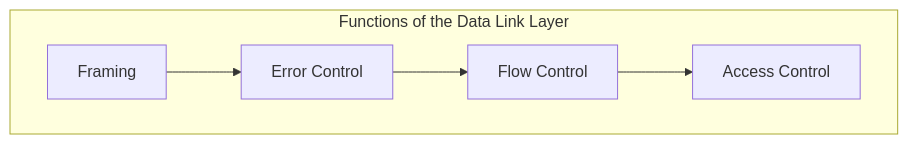
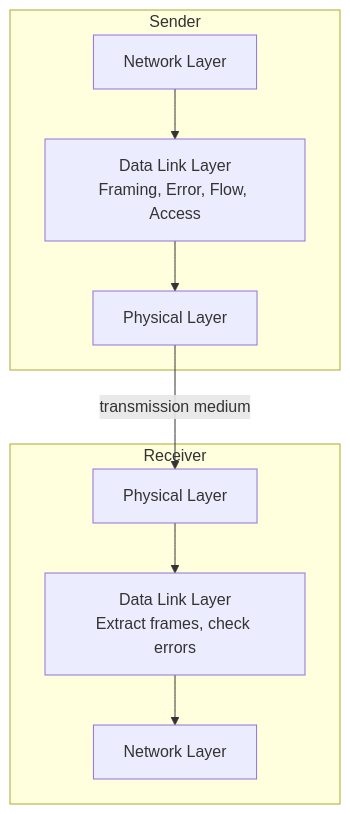
Before and after one commit to manishkumar8312/CS-Fundamentals: the first of 14 diagrams in Computer Network/Ch 04 - Data Link Layer.md, drawn with Mermaid. The commit also changed other lines of this file, not shown here.

Commit message:
data link layer

````diff
--- a/Computer Network/Ch 04 - Data Link Layer.md
+++ b/Computer Network/Ch 04 - Data Link Layer.md
@@ -10,7 +19,12 @@
 ```mermaid
-flowchart LR
-    subgraph Functions of the Data Link Layer
-        direction LR
-        F[Framing] --> E[Error Control] --> FC[Flow Control] --> A[Access Control]
+flowchart TD
+    subgraph "Sender"
+        A[Network Layer] --> B[Data Link Layer<br/>Framing, Error, Flow, Access]
+        B --> C[Physical Layer]
     end
+    subgraph "Receiver"
+        D[Physical Layer] --> E[Data Link Layer<br/>Extract frames, check errors]
+        E --> F[Network Layer]
+    end
+    C -->|transmission medium| D
 ```
````
